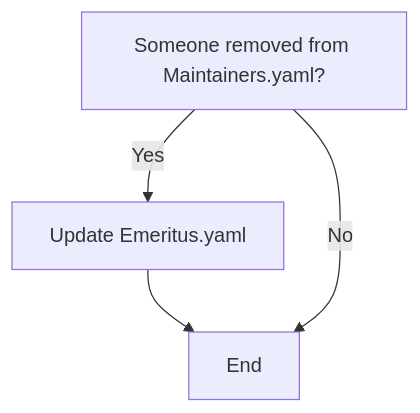
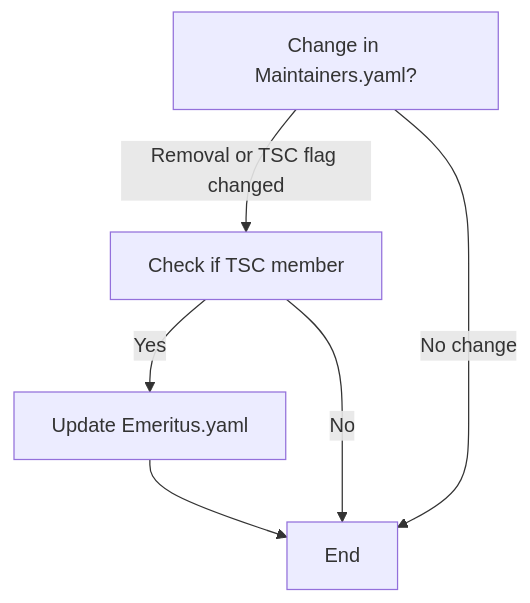
One commit to asyncapi/community changed the tenth of 12 diagrams in mentorship/summerofcode/2023/workflowautomation/README.md. Above: the diagram before and after it, drawn with Mermaid. The commit also changed other lines of this file, not shown here.

Commit message:
changed update-emeritus flowchart

````diff
--- a/mentorship/summerofcode/2023/workflowautomation/README.md
+++ b/mentorship/summerofcode/2023/workflowautomation/README.md
@@ -186,6 +186,8 @@
 ```mermaid
 graph TD;
-A[Someone removed from Maintainers.yaml?] --> |Yes| B[Update Emeritus.yaml];
-B --> C[End];
-A --> |No| C[End];
+A[Change in Maintainers.yaml?] --> |Removal or TSC flag changed| B[Check if TSC member];
+B --> |Yes| C[Update Emeritus.yaml];
+C --> D[End];
+B --> |No| D[End];
+A --> |No change| D[End];
 ```
````
